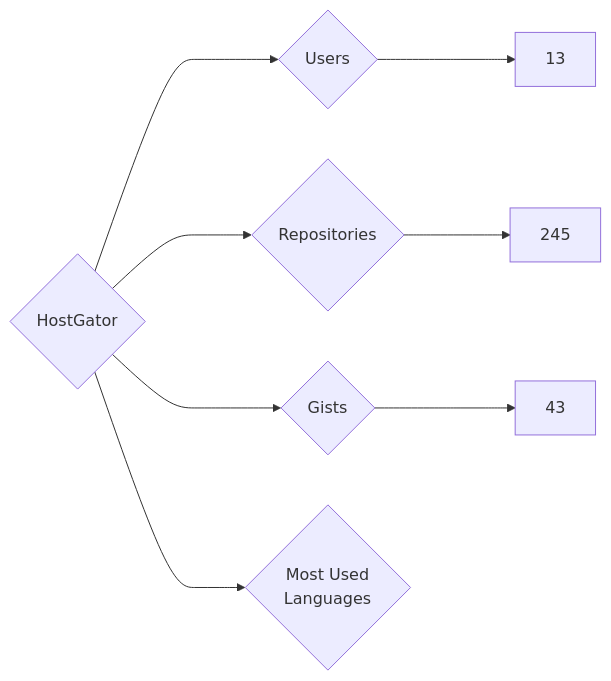
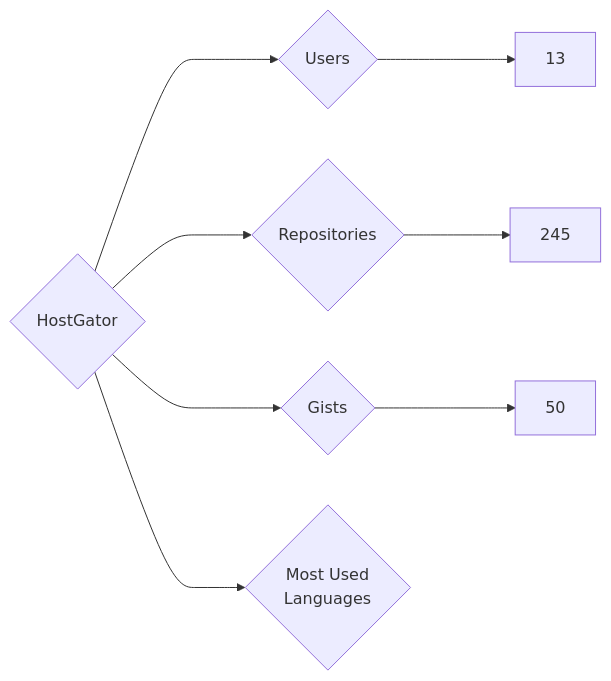
The diagram in targets/HostGator/README.md (nenadzaric/insiders), drawn with Mermaid before and after one commit. The commit also changed 1342 other files, not shown here.

````diff
--- a/targets/HostGator/README.md
+++ b/targets/HostGator/README.md
@@ -3,8 +3,8 @@
 ```mermaid
 graph LR
 COMPANY_NAME{HostGator}
 COMPANY_NAME ---> U{Users} ---> UN[13]
 COMPANY_NAME ---> R{Repositories} ---> RN[245]
-COMPANY_NAME ---> G{Gists} ---> GN[43]
+COMPANY_NAME ---> G{Gists} ---> GN[50]
 COMPANY_NAME ---> ML{Most Used<br>Languages}
 ```
````
